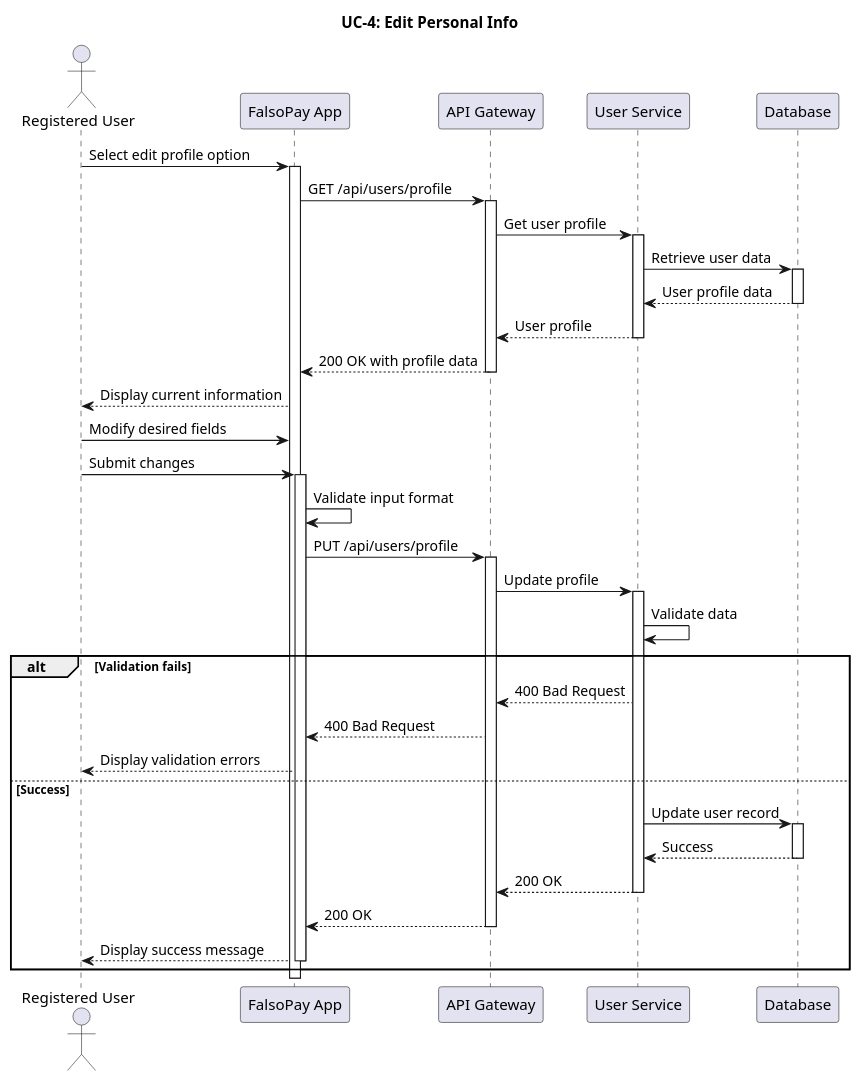
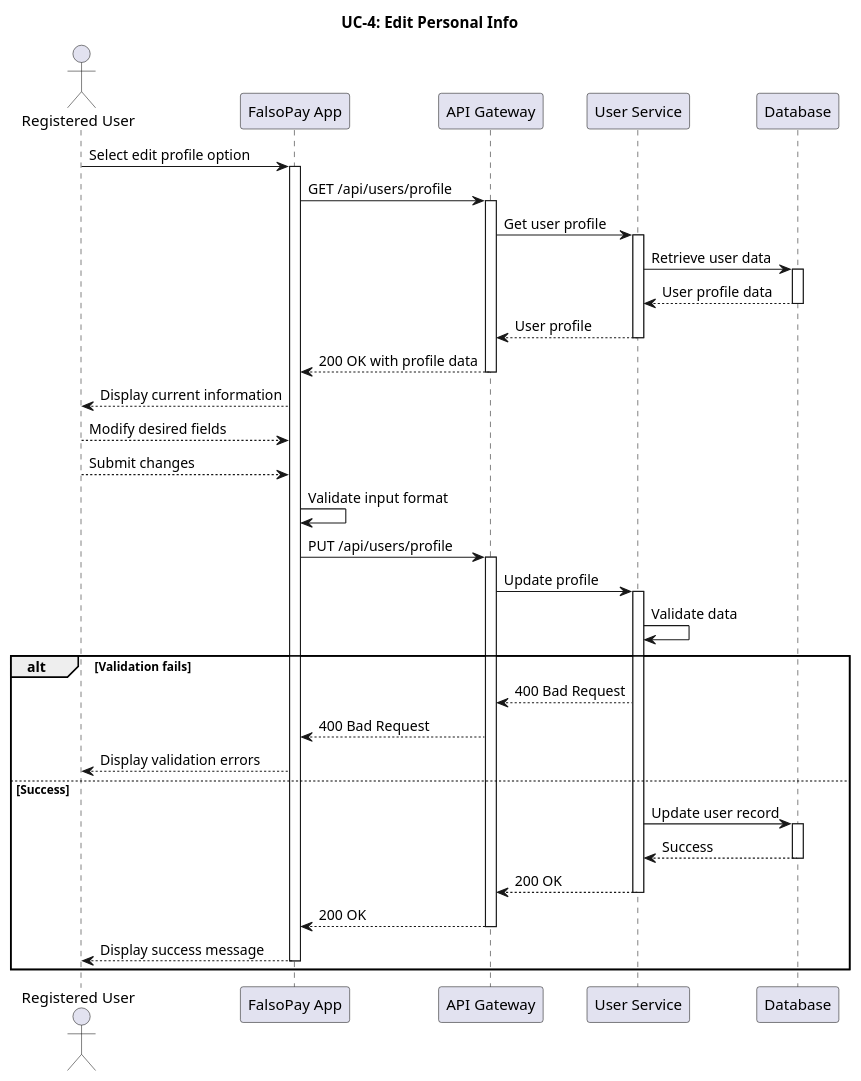
The diagram in docs/design/sequence-diagrams/UC4-EditPersonalInfo.puml (Adhamzineldin/Falsopay), drawn with PlantUML before and after one commit. The commit also changed 8 other files, not shown here.

```diff
--- a/docs/design/sequence-diagrams/UC4-EditPersonalInfo.puml
+++ b/docs/design/sequence-diagrams/UC4-EditPersonalInfo.puml
@@ -1,66 +1,66 @@
 @startuml UC4-EditPersonalInfo
 
 actor "Registered User" as User
 participant "FalsoPay App" as App
 participant "API Gateway" as Gateway
 participant "User Service" as UserService
 participant "Database" as DB
 
 title UC-4: Edit Personal Info
 
 User -> App: Select edit profile option
 activate App
 
 App -> Gateway: GET /api/users/profile
 activate Gateway
 
 Gateway -> UserService: Get user profile
 activate UserService
 
 UserService -> DB: Retrieve user data
 activate DB
 DB --> UserService: User profile data
 deactivate DB
 
 UserService --> Gateway: User profile
 deactivate UserService
 
 Gateway --> App: 200 OK with profile data
 deactivate Gateway
 
 App --> User: Display current information
 
-User -> App: Modify desired fields
-User -> App: Submit changes
-activate App
+User --> App: Modify desired fields
+User --> App: Submit changes
+
 
 App -> App: Validate input format
 App -> Gateway: PUT /api/users/profile
 activate Gateway
 
 Gateway -> UserService: Update profile
 activate UserService
 
 UserService -> UserService: Validate data
 
 alt Validation fails
     UserService --> Gateway: 400 Bad Request
     Gateway --> App: 400 Bad Request
     App --> User: Display validation errors
 else Success
     UserService -> DB: Update user record
     activate DB
     DB --> UserService: Success
     deactivate DB
     
     UserService --> Gateway: 200 OK
     deactivate UserService
     
     Gateway --> App: 200 OK
     deactivate Gateway
     
     App --> User: Display success message
     deactivate App
 end
 
 @enduml 
```
